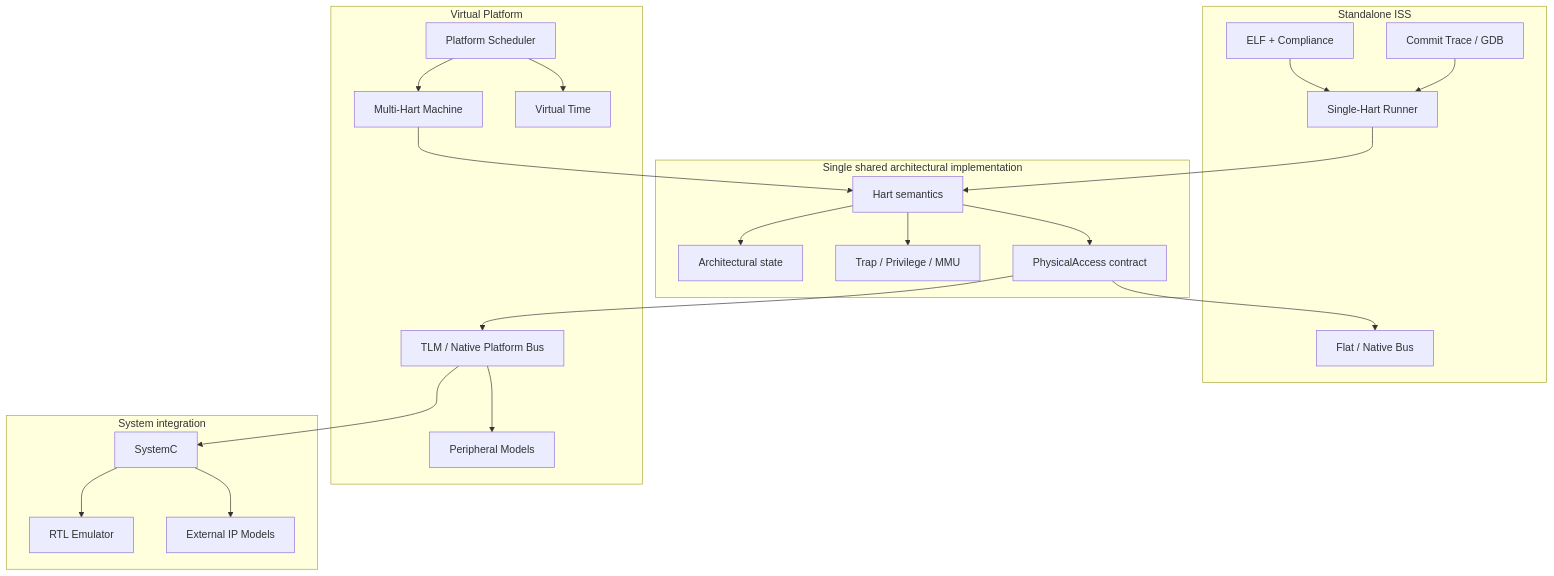
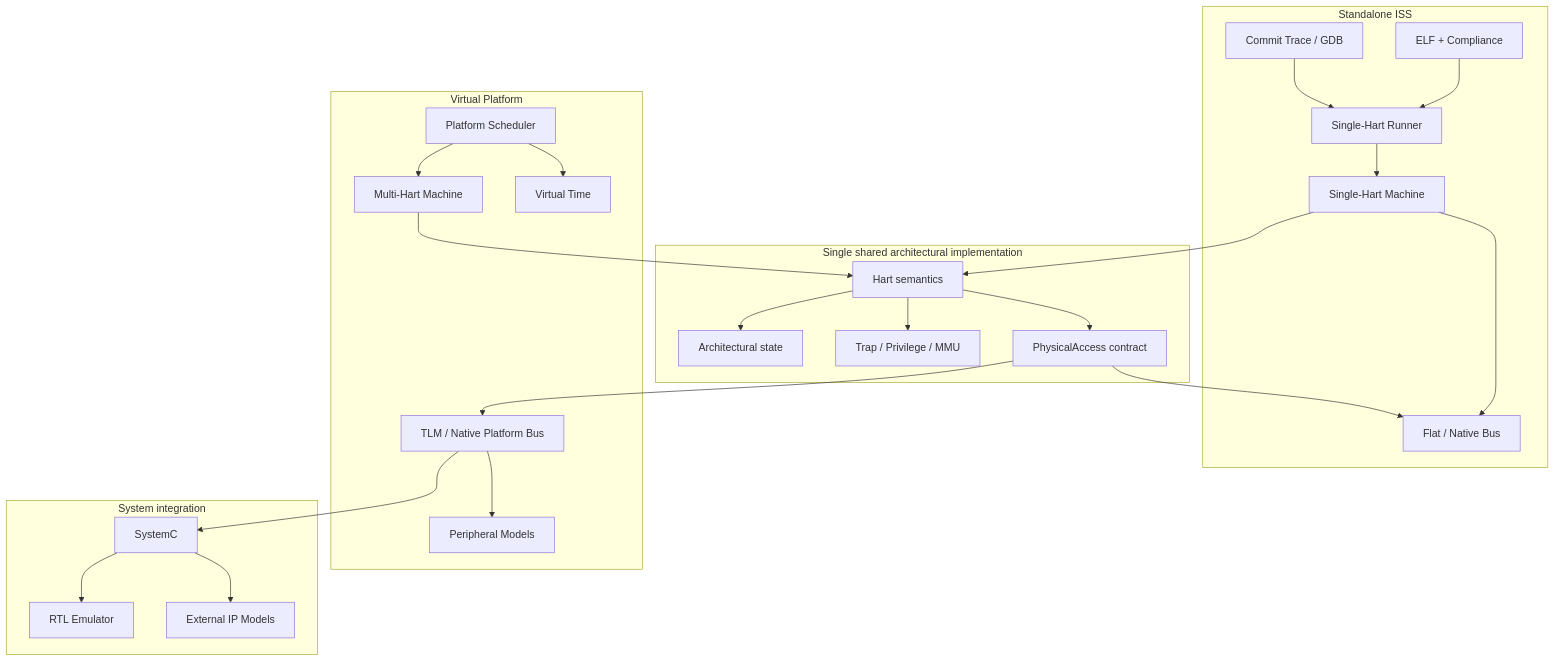
The sixth of 8 diagrams in docs/architecture/README.md (mimiqdev/ruscv-sim), drawn with Mermaid before and after one commit. The commit also changed other lines of this file and 11 other files, not shown here.

First line of the commit message:
docs(architecture): accept A0 boundary ADRs and prepare successor scope (#11)

````diff
--- a/docs/architecture/README.md
+++ b/docs/architecture/README.md
@@ -241,46 +249,49 @@
 ```mermaid
 flowchart TB
     subgraph Shared["Single shared architectural implementation"]
         SEM["Hart semantics"]
         STATE["Architectural state"]
         TRAP["Trap / Privilege / MMU"]
         CONTRACT["PhysicalAccess contract"]
     end
 
     subgraph ISS["Standalone ISS"]
         ISSRUN["Single-Hart Runner"]
+        ISSMACHINE["Single-Hart Machine"]
         FLATBUS["Flat / Native Bus"]
         ELF["ELF + Compliance"]
         DEBUG["Commit Trace / GDB"]
     end
 
     subgraph VP["Virtual Platform"]
         VPSCHED["Platform Scheduler"]
         MULTI["Multi-Hart Machine"]
         VPBUS["TLM / Native Platform Bus"]
         PERIPH["Peripheral Models"]
         VPTIME["Virtual Time"]
     end
 
     subgraph Integration["System integration"]
         SYSC["SystemC"]
         RTL["RTL Emulator"]
         EXT["External IP Models"]
     end
 
     ELF --> ISSRUN
     DEBUG --> ISSRUN
-    ISSRUN --> SEM
+    ISSRUN --> ISSMACHINE
+    ISSMACHINE --> SEM
+    ISSMACHINE --> FLATBUS
     SEM --> STATE
     SEM --> TRAP
     SEM --> CONTRACT
     CONTRACT --> FLATBUS
     VPSCHED --> MULTI
     MULTI --> SEM
     CONTRACT --> VPBUS
     VPSCHED --> VPTIME
     VPBUS --> PERIPH
     VPBUS --> SYSC
     SYSC --> RTL
     SYSC --> EXT
 ```
````
